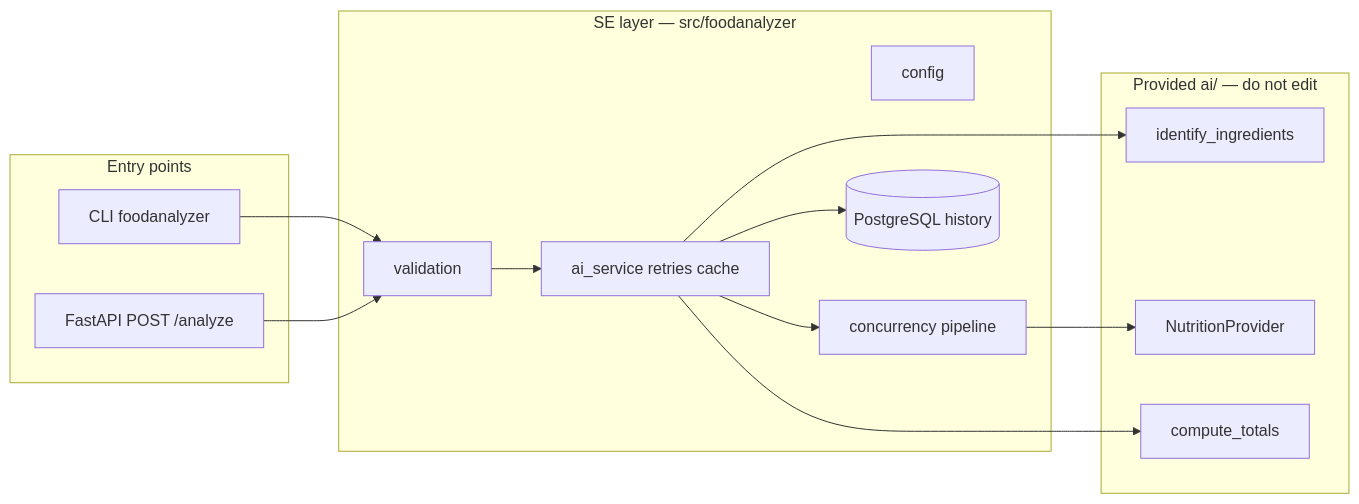
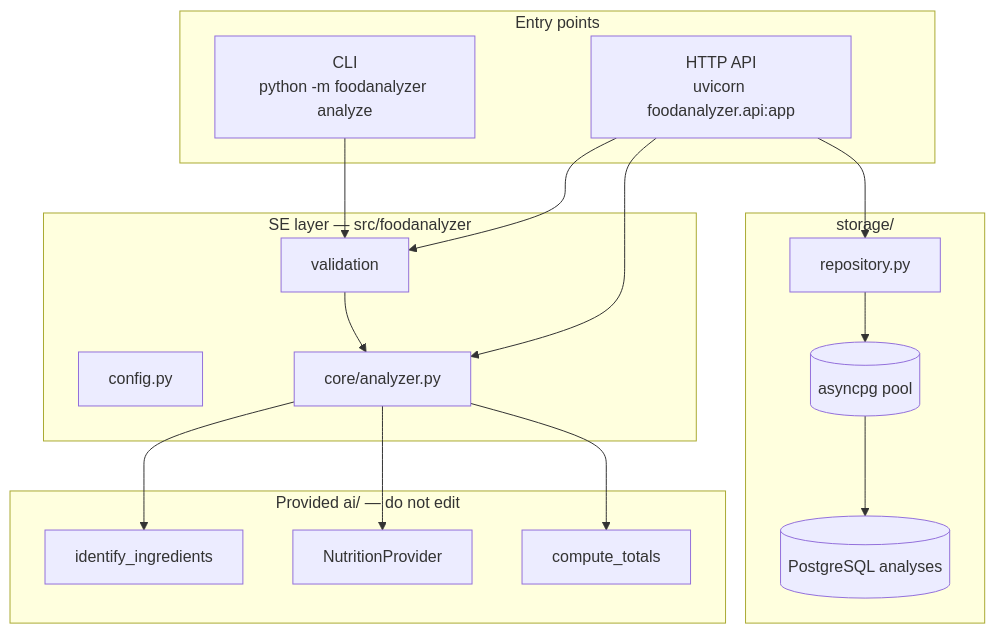
One commit to AMammedova/food-analyzer-byte-bite changed the diagram in docs/architecture.md. Above: the diagram before and after it, drawn with Mermaid. The commit also changed other lines of this file and 4 other files, not shown here.

````diff
--- a/docs/architecture.md
+++ b/docs/architecture.md
@@ -5,30 +7,36 @@
 ```mermaid
-flowchart LR
+flowchart TB
   subgraph entry [Entry points]
-    CLI[CLI foodanalyzer]
-    API[FastAPI POST /analyze]
+    CLI["CLI\npython -m foodanalyzer analyze"]
+    API["HTTP API\nuvicorn foodanalyzer.api:app"]
   end
 
   subgraph se [SE layer — src/foodanalyzer]
-    CFG[config]
+    CFG[config.py]
     VAL[validation]
-    SVC[ai_service retries cache]
-    PIPE[concurrency pipeline]
-    REPO[(PostgreSQL history)]
+    CORE[core/analyzer.py]
+  end
+
+  subgraph storage [storage/]
+    POOL[(asyncpg pool)]
+    REPO[repository.py]
+    PG[(PostgreSQL analyses)]
   end
 
   subgraph ai [Provided ai/ — do not edit]
     VLM[identify_ingredients]
     NUT[NutritionProvider]
     CALC[compute_totals]
   end
 
   CLI --> VAL
   API --> VAL
-  VAL --> SVC
-  SVC --> VLM
-  SVC --> PIPE
-  PIPE --> NUT
-  SVC --> CALC
-  SVC --> REPO
+  VAL --> CORE
+  CORE --> VLM
+  CORE --> NUT
+  CORE --> CALC
+  API --> CORE
+  API --> REPO
+  REPO --> POOL
+  POOL --> PG
 ```
````
